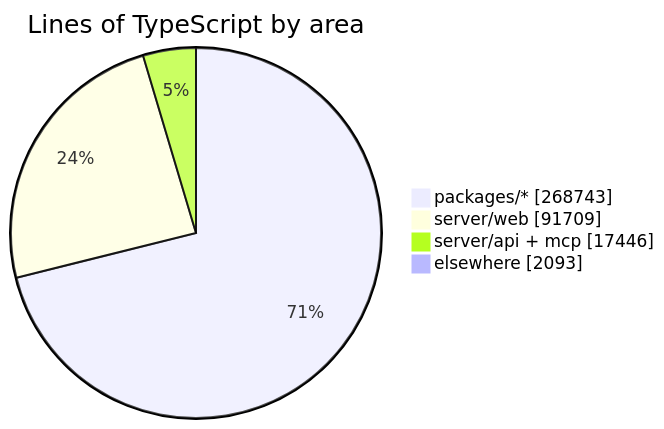
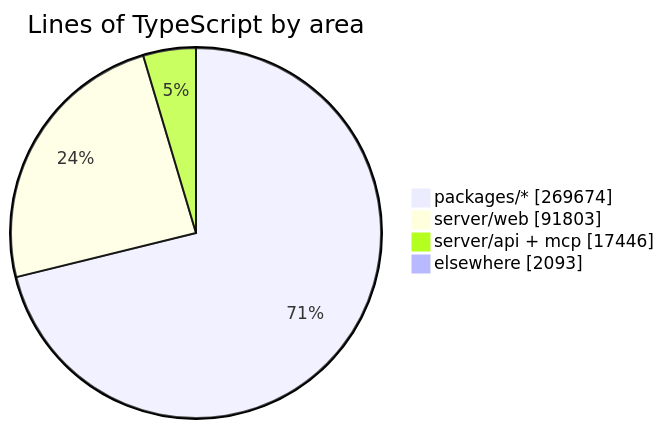
Before and after one commit to crossworks-engineering/mantle: the diagram in README.md, drawn with Mermaid. The commit also changed other lines of this file and 2 other files, not shown here.

````diff
--- a/README.md
+++ b/README.md
@@ -287,7 +287,7 @@
 ```mermaid
 pie showData title Lines of TypeScript by area
-    "packages/*" : 268743
-    "server/web" : 91709
+    "packages/*" : 269674
+    "server/web" : 91803
     "server/api + mcp" : 17446
     "elsewhere" : 2093
 ```
````
